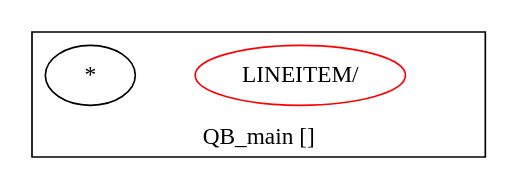
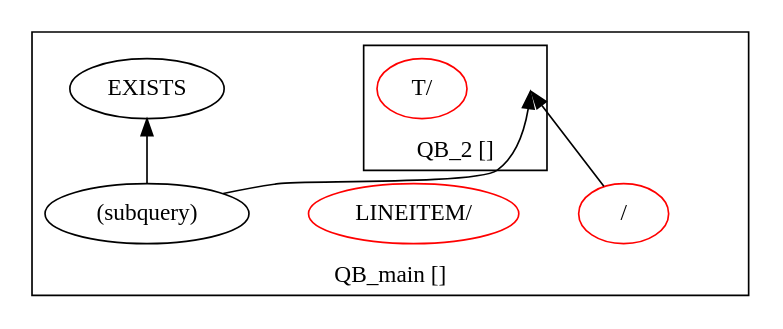
Before and after one commit to adarshpannu/kona: the diagram in qgm.dot, drawn with Graphviz. The commit also changed 4 other files, not shown here.

```diff
--- a/qgm.dot
+++ b/qgm.dot
@@ -1,11 +1,21 @@
 digraph example1 {
     rankdir=BT;
     nodesep=0.5;
     ordering="in";
   subgraph cluster_QB_main {
     label = "QB_main []";
     "QB_main_pt"[shape=point, color=white];
+    "QUN_3"[label="/", color=red]
+    "QUN_3" -> "QB_2_pt";
+  subgraph cluster_QB_2 {
+    label = "QB_2 []";
+    "QB_2_pt"[shape=point, color=white];
+    "QUN_1"[label="T/", color=red]
+}
     "QUN_0"[label="LINEITEM/", color=red]
-    exprnode0x7f9539504ae8[label="*"];
+    exprnode0x7faaa3042818[label="EXISTS"];
+    exprnode0x7faaa30040d8 -> exprnode0x7faaa3042818;
+    exprnode0x7faaa30040d8[label="(subquery)"];
+    exprnode0x7faaa30040d8 -> "QB_2_pt";
 }
 }
```
